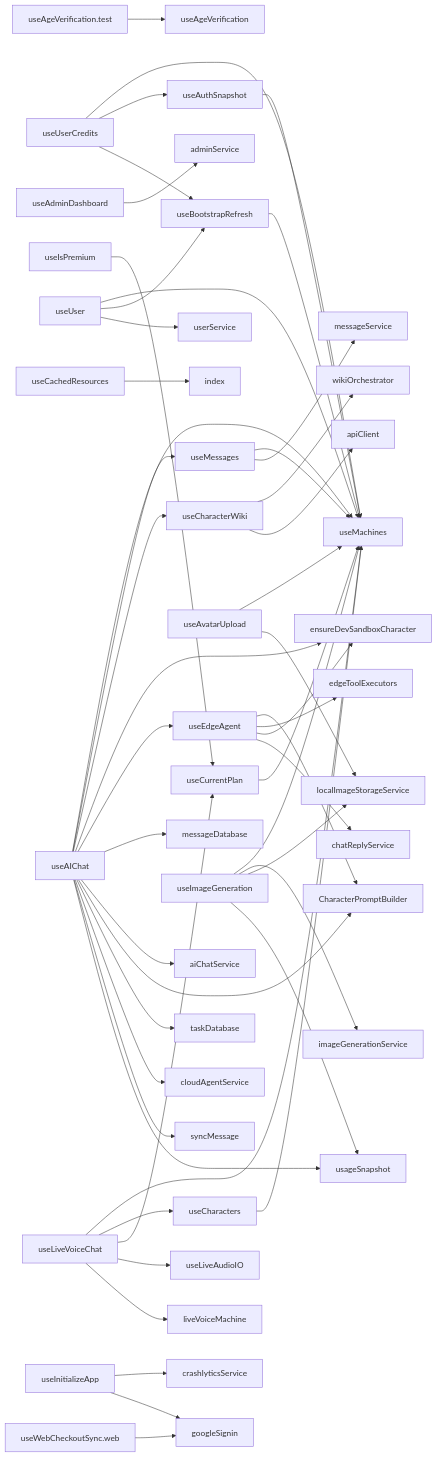
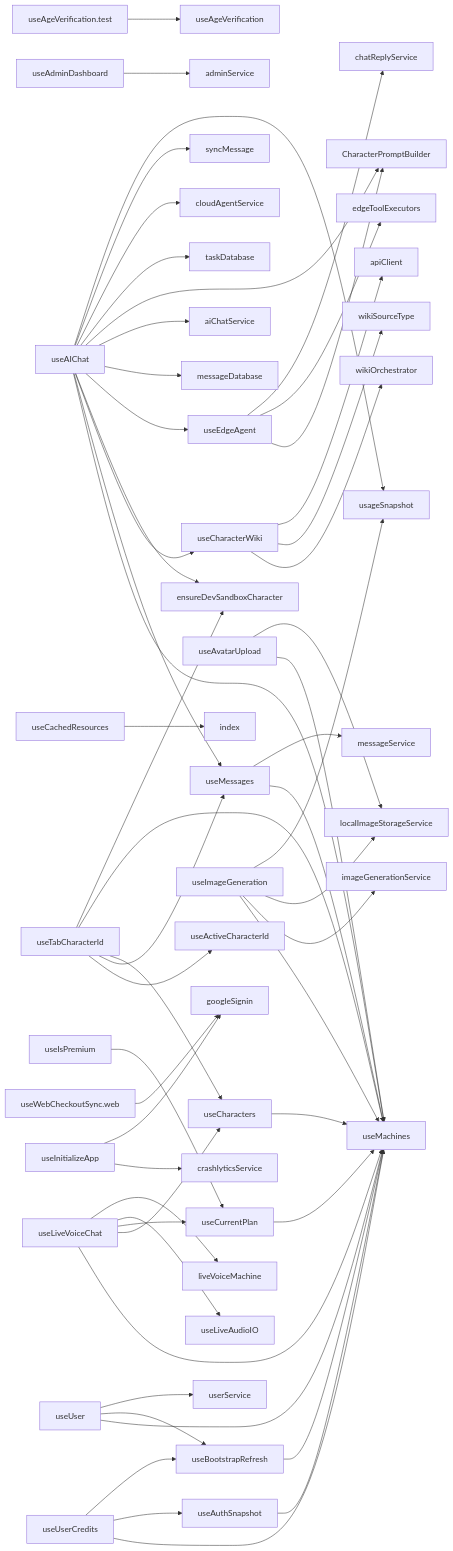
One commit to equationalapplications/clanker changed the diagram in docs/flowcharts/HOOKS.md. Above: the diagram before and after it, drawn with Mermaid. The commit also changed 3 other files, not shown here.

First line of the commit message:
chore(flowcharts): regenerate dependency charts

````diff
--- a/docs/flowcharts/HOOKS.md
+++ b/docs/flowcharts/HOOKS.md
@@ -4,51 +4,56 @@
 ```mermaid
 graph LR
   useAgeVerification.test --> useAgeVerification
   useAIChat --> useMachines
   useAIChat --> useMessages
   useAIChat --> useCharacterWiki
   useAIChat --> ensureDevSandboxCharacter
   useAIChat --> useEdgeAgent
   useAIChat --> messageDatabase
   useAIChat --> aiChatService
   useAIChat --> CharacterPromptBuilder
   useAIChat --> taskDatabase
   useAIChat --> cloudAgentService
   useAIChat --> syncMessage
   useAIChat --> usageSnapshot
   useAdminDashboard --> adminService
   useAuthSnapshot --> useMachines
   useAvatarUpload --> useMachines
   useAvatarUpload --> localImageStorageService
   useBootstrapRefresh --> useMachines
   useCachedResources --> index
   useCharacterWiki --> wikiOrchestrator
+  useCharacterWiki --> wikiSourceType
   useCharacterWiki --> apiClient
   useCharacters --> useMachines
   useCurrentPlan --> useMachines
   useEdgeAgent --> CharacterPromptBuilder
   useEdgeAgent --> edgeToolExecutors
-  useEdgeAgent --> ensureDevSandboxCharacter
   useEdgeAgent --> chatReplyService
   useImageGeneration --> useMachines
   useImageGeneration --> imageGenerationService
   useImageGeneration --> localImageStorageService
   useImageGeneration --> usageSnapshot
   useInitializeApp --> crashlyticsService
   useInitializeApp --> googleSignin
   useIsPremium --> useCurrentPlan
   useLiveVoiceChat --> useMachines
   useLiveVoiceChat --> useCharacters
   useLiveVoiceChat --> useCurrentPlan
   useLiveVoiceChat --> useLiveAudioIO
   useLiveVoiceChat --> liveVoiceMachine
   useMessages --> useMachines
   useMessages --> messageService
+  useTabCharacterId --> useActiveCharacterId
+  useTabCharacterId --> useMessages
+  useTabCharacterId --> useCharacters
+  useTabCharacterId --> useMachines
+  useTabCharacterId --> ensureDevSandboxCharacter
   useUser --> useMachines
   useUser --> useBootstrapRefresh
   useUser --> userService
   useUserCredits --> useMachines
   useUserCredits --> useAuthSnapshot
   useUserCredits --> useBootstrapRefresh
   useWebCheckoutSync.web --> googleSignin
 ```
````
